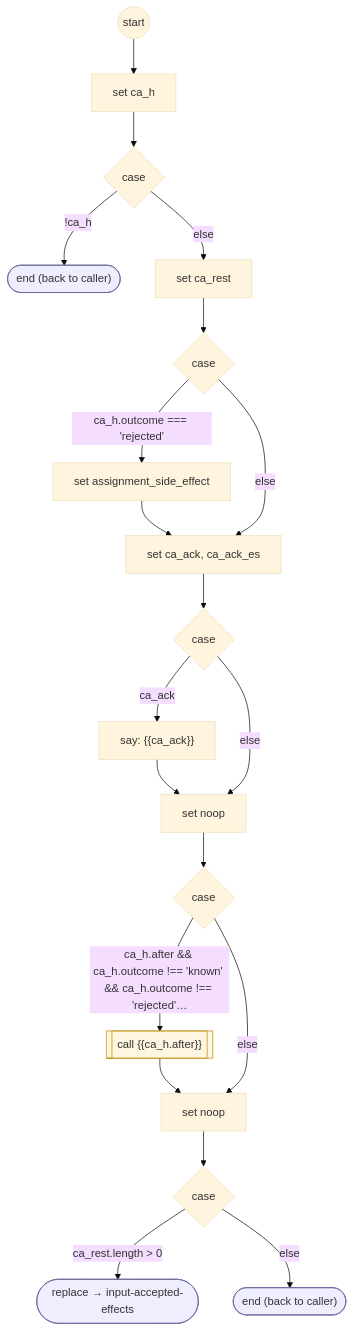
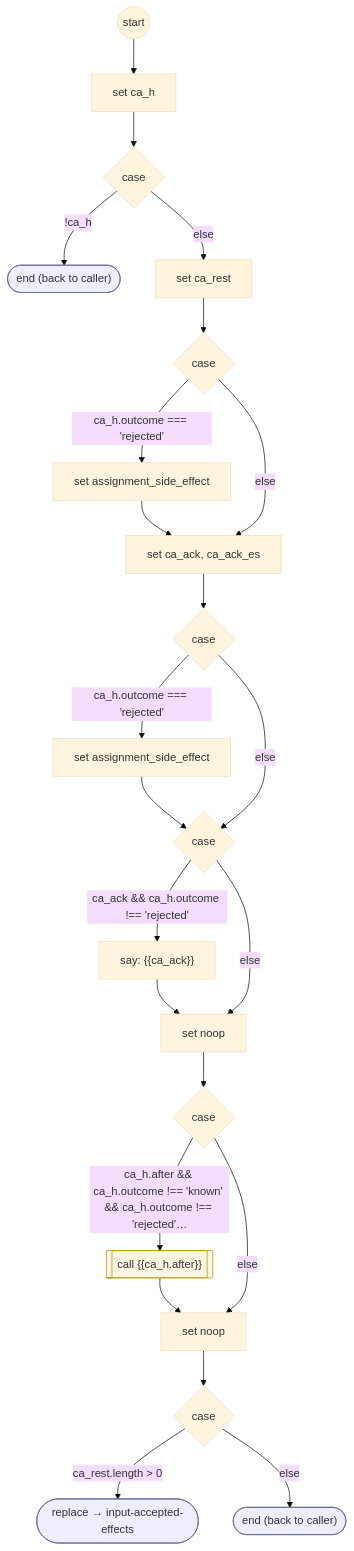
Before and after one commit to ronpinkas/jsfe: the diagram in docs/flows/system/input-accepted-effects.md, drawn with Mermaid (base theme). The commit also changed 1 other file, not shown here.

Commit message:
jsfe flows: reference copy of the prod shared sets from AIDevelopment a5e08d0 (system set built on jsfe 1.65.0, released with hy-rag-lambdas v1.202.0)
Claude-Session: https://claude.ai/code/session_01CHmSDVJAFYGzFUXkyrsRb1

````diff
--- a/docs/flows/system/input-accepted-effects.md
+++ b/docs/flows/system/input-accepted-effects.md
@@ -16,47 +16,52 @@
 ```mermaid
 flowchart TD
    START(("start"))
    n0["set ca_h"]
    START --> n0
    c1{"case"}
    n0 --> c1
    b2(["end (back to caller)"])
    class b2 endstep
    c1 -- "!ca_h" --> b2
    n3["set ca_rest"]
    c1 -- "else" --> n3
    c4{"case"}
    n3 --> c4
    b5["set assignment_side_effect"]
    c4 -- "ca_h.outcome === 'rejected'" --> b5
    n6["set ca_ack, ca_ack_es"]
    b5 --> n6
    c4 -- "else" --> n6
    c7{"case"}
    n6 --> c7
-   b8["say: #123;#123;ca_ack#125;#125;"]
-   c7 -- "ca_ack" --> b8
-   n9["set noop"]
-   b8 --> n9
-   c7 -- "else" --> n9
-   c10{"case"}
-   n9 --> c10
-   b11[["call #123;#123;ca_h.after#125;#125;"]]
-   class b11 flowstep
-   c10 -- "ca_h.after && ca_h.outcome !== 'known' && ca_h.outcome !== 'rejected'…" --> b11
-   n12["set noop"]
-   b11 --> n12
-   c10 -- "else" --> n12
-   c13{"case"}
-   n12 --> c13
-   b14(["replace → input-accepted-effects"])
-   class b14 endstep
-   c13 -- "ca_rest.length #gt; 0" --> b14
+   b8["set assignment_side_effect"]
+   c7 -- "ca_h.outcome === 'rejected'" --> b8
+   c9{"case"}
+   b8 --> c9
+   c7 -- "else" --> c9
+   b10["say: #123;#123;ca_ack#125;#125;"]
+   c9 -- "ca_ack && ca_h.outcome !== 'rejected'" --> b10
+   n11["set noop"]
+   b10 --> n11
+   c9 -- "else" --> n11
+   c12{"case"}
+   n11 --> c12
+   b13[["call #123;#123;ca_h.after#125;#125;"]]
+   class b13 flowstep
+   c12 -- "ca_h.after && ca_h.outcome !== 'known' && ca_h.outcome !== 'rejected'…" --> b13
+   n14["set noop"]
+   b13 --> n14
+   c12 -- "else" --> n14
+   c15{"case"}
+   n14 --> c15
+   b16(["replace → input-accepted-effects"])
+   class b16 endstep
+   c15 -- "ca_rest.length #gt; 0" --> b16
    DONE(["end (back to caller)"])
    class DONE endstep
-   c13 -- "else" --> DONE
+   c15 -- "else" --> DONE
    classDef endstep fill:#eef,stroke:#669
    classDef toolstep fill:#efe,stroke:#696
    classDef flowstep fill:#fef6e0,stroke:#b80
    classDef inputstep fill:#f3eefc,stroke:#75a
 ```
````
